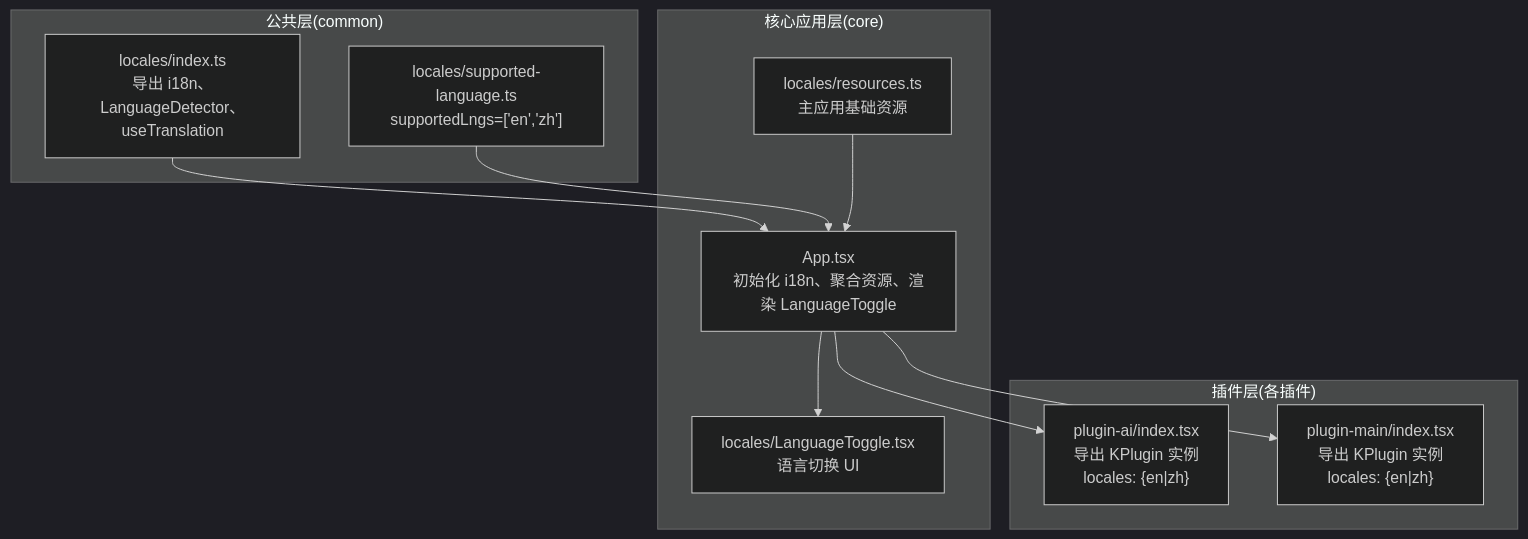
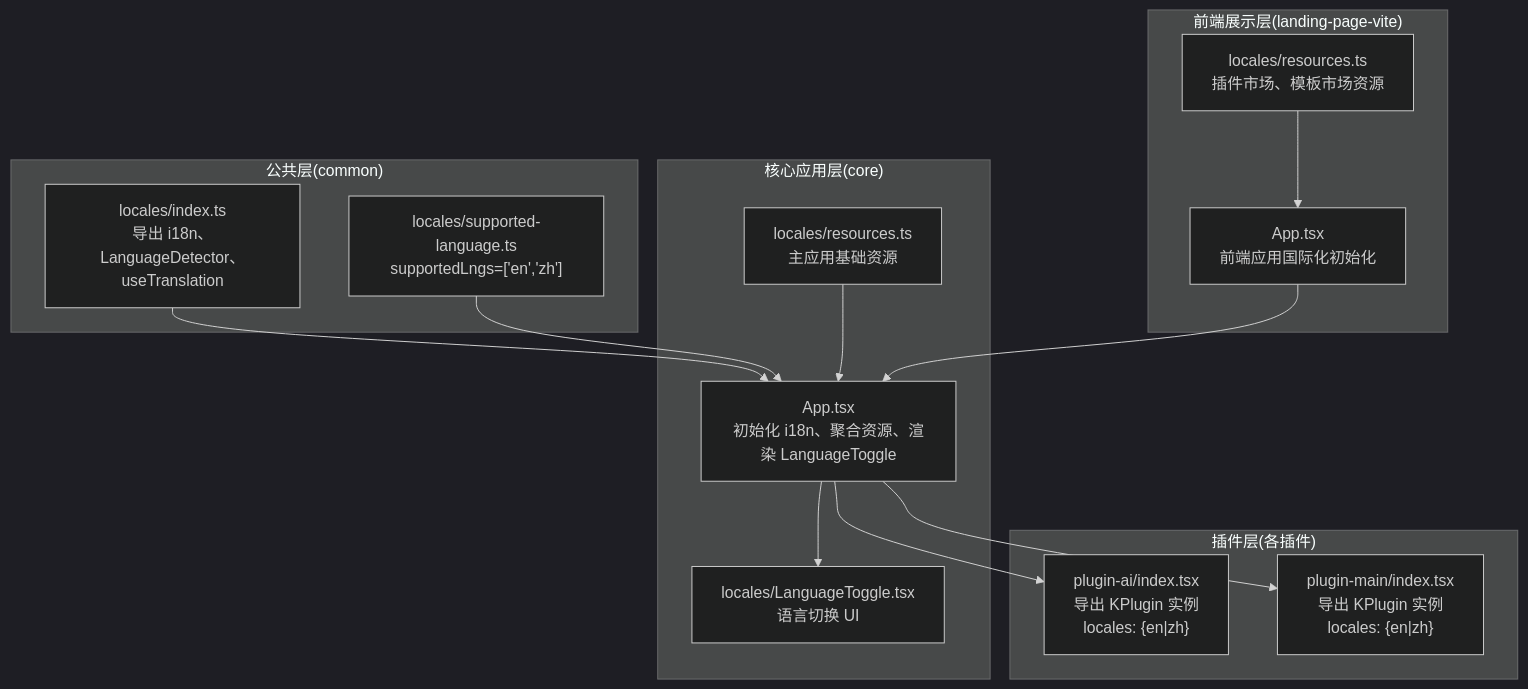
The first of 7 diagrams in .qoder/repowiki/zh/content/架构设计/插件系统架构/插件国际化系统.md (LRF0422/Kotion), drawn with Mermaid (dark theme) before and after one commit. The commit also changed other lines of this file and 75 other files, not shown here.

````diff
--- a/.qoder/repowiki/zh/content/架构设计/插件系统架构/插件国际化系统.md
+++ b/.qoder/repowiki/zh/content/架构设计/插件系统架构/插件国际化系统.md
@@ -42,22 +55,28 @@
 ```mermaid
 graph TB
 subgraph "公共层(common)"
 LIdx["locales/index.ts<br/>导出 i18n、LanguageDetector、useTranslation"]
 SLng["locales/supported-language.ts<br/>supportedLngs=['en','zh']"]
 end
 subgraph "核心应用层(core)"
 App["App.tsx<br/>初始化 i18n、聚合资源、渲染 LanguageToggle"]
 Rsrc["locales/resources.ts<br/>主应用基础资源"]
 LangToggle["locales/LanguageToggle.tsx<br/>语言切换 UI"]
 end
 subgraph "插件层(各插件)"
 P_AI["plugin-ai/index.tsx<br/>导出 KPlugin 实例<br/>locales: {en|zh}"]
 P_Main["plugin-main/index.tsx<br/>导出 KPlugin 实例<br/>locales: {en|zh}"]
 end
+subgraph "前端展示层(landing-page-vite)"
+LPResources["locales/resources.ts<br/>插件市场、模板市场资源"]
+LPApp["App.tsx<br/>前端应用国际化初始化"]
+end
 LIdx --> App
 SLng --> App
 Rsrc --> App
 App --> LangToggle
 App --> P_AI
 App --> P_Main
+LPResources --> LPApp
+LPApp --> App
 ```
````
